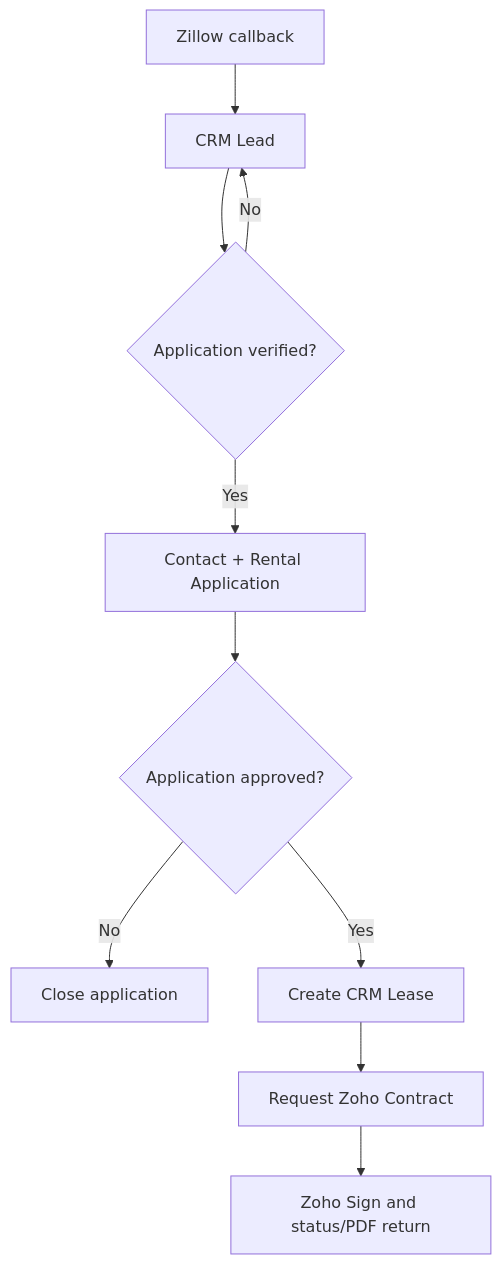
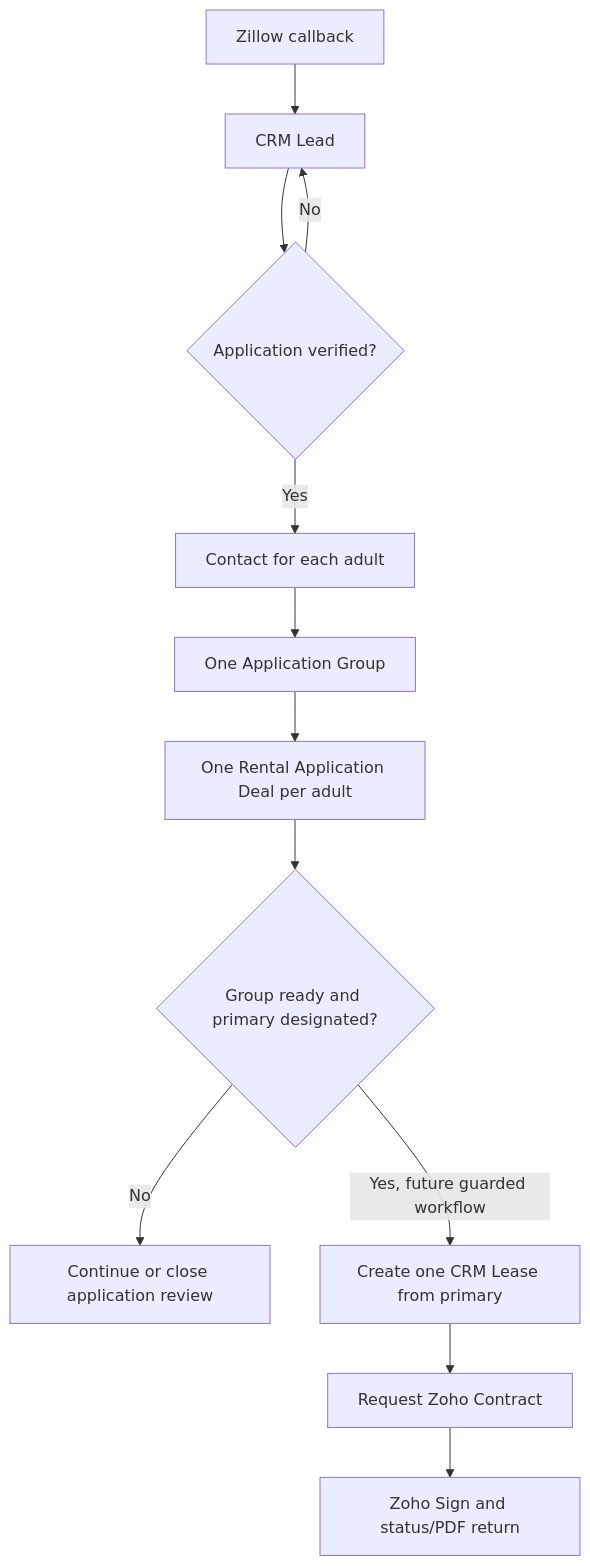
Before and after one commit to GH-Real-Estate/gh-real-estate-ops-code: the diagram in src/zoho-crm/field-maps/zillow-to-crm-to-contracts.md, drawn with Mermaid. The commit also changed other lines of this file and 9 other files, not shown here.

First line of the commit message:
Document multi-applicant CRM schema (#88)

````diff
--- a/src/zoho-crm/field-maps/zillow-to-crm-to-contracts.md
+++ b/src/zoho-crm/field-maps/zillow-to-crm-to-contracts.md
@@ -22,12 +24,14 @@
 ```mermaid
 flowchart TD
     A["Zillow callback"] --> B["CRM Lead"]
     B --> C{"Application verified?"}
     C -- "No" --> B
-    C -- "Yes" --> D["Contact + Rental Application"]
-    D --> E{"Application approved?"}
-    E -- "No" --> F["Close application"]
-    E -- "Yes" --> G["Create CRM Lease"]
-    G --> H["Request Zoho Contract"]
-    H --> I["Zoho Sign and status/PDF return"]
+    C -- "Yes" --> D["Contact for each adult"]
+    D --> E["One Application Group"]
+    E --> F["One Rental Application Deal per adult"]
+    F --> G{"Group ready and primary designated?"}
+    G -- "No" --> H["Continue or close application review"]
+    G -- "Yes, future guarded workflow" --> I["Create one CRM Lease from primary"]
+    I --> J["Request Zoho Contract"]
+    J --> K["Zoho Sign and status/PDF return"]
 ```
````
